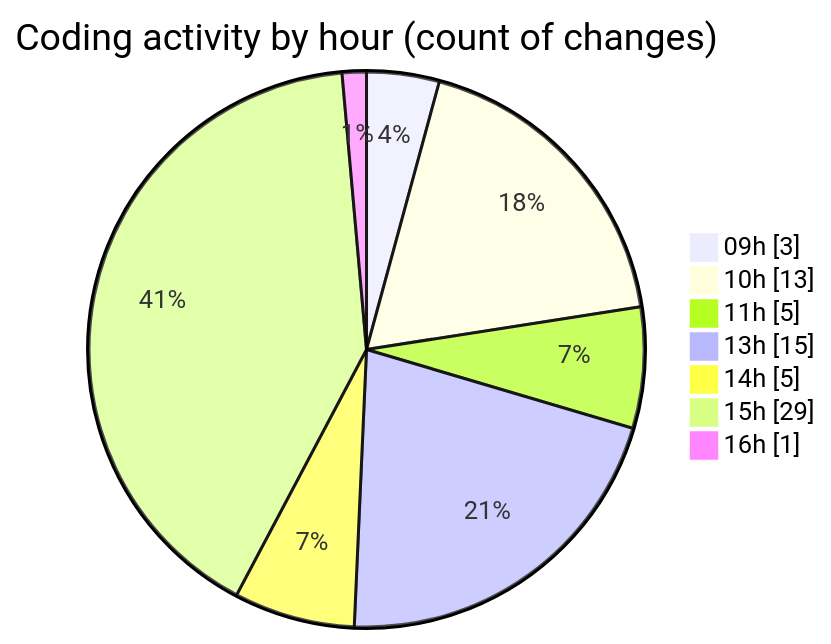
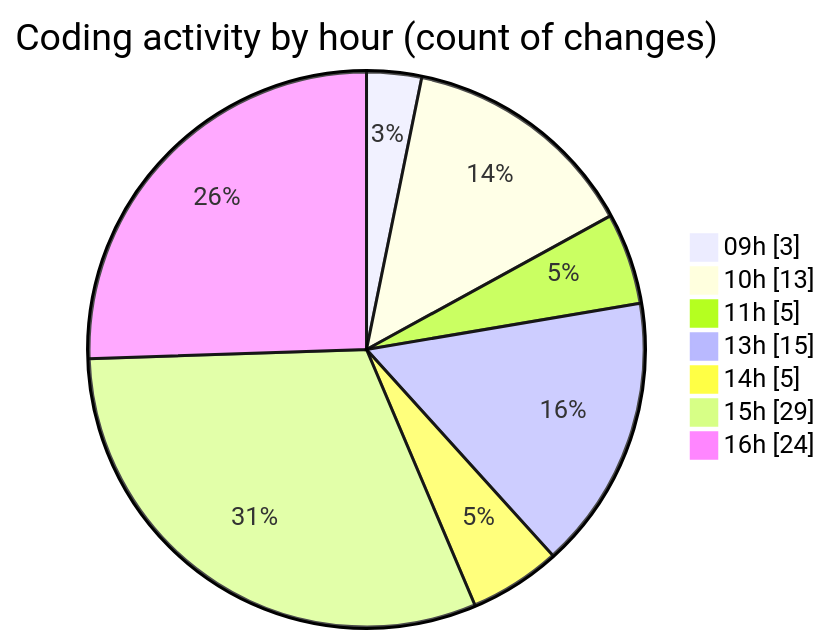
The second of 2 diagrams in 2026-10-29/cda/README.md (momahboobian/code-tracking), drawn with Mermaid before and after one commit. The commit also changed other lines of this file and 1 other file, not shown here.

````diff
--- a/2026-10-29/cda/README.md
+++ b/2026-10-29/cda/README.md
@@ -49,11 +50,11 @@
 ```mermaid
 pie showData
 title Coding activity by hour (count of changes)
 "09h" : 3
 "10h" : 13
 "11h" : 5
 "13h" : 15
 "14h" : 5
 "15h" : 29
-"16h" : 1
+"16h" : 24
 ```
````
